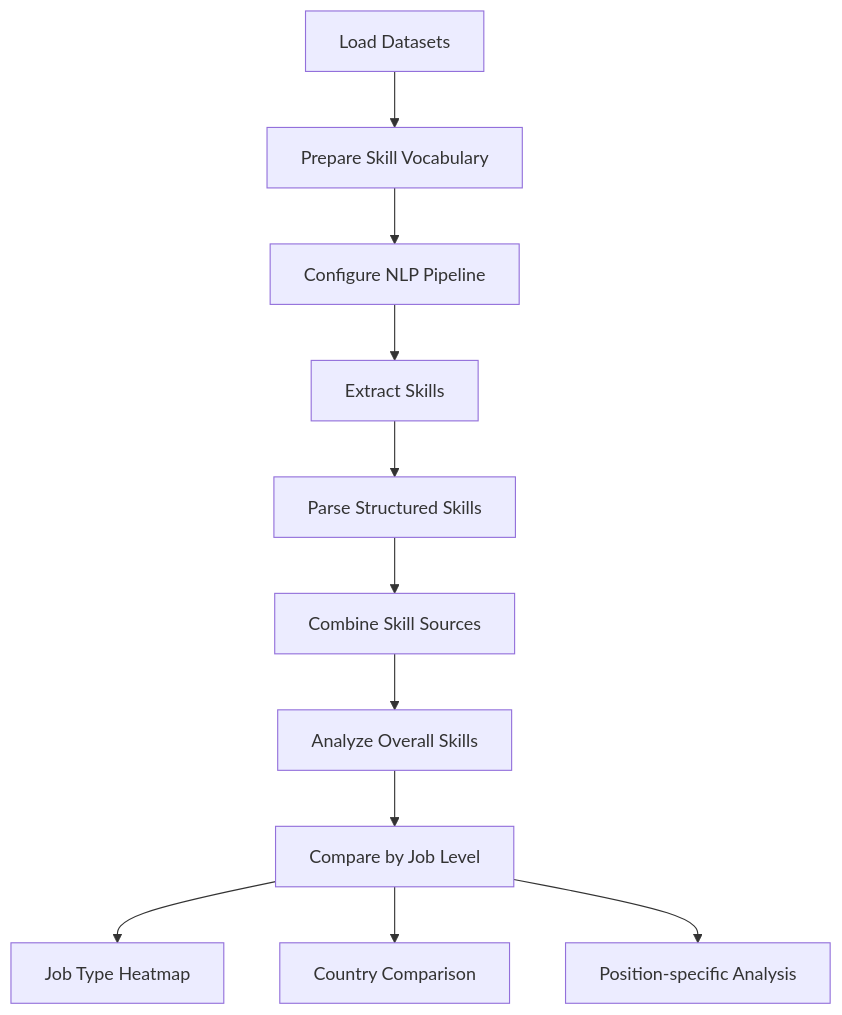
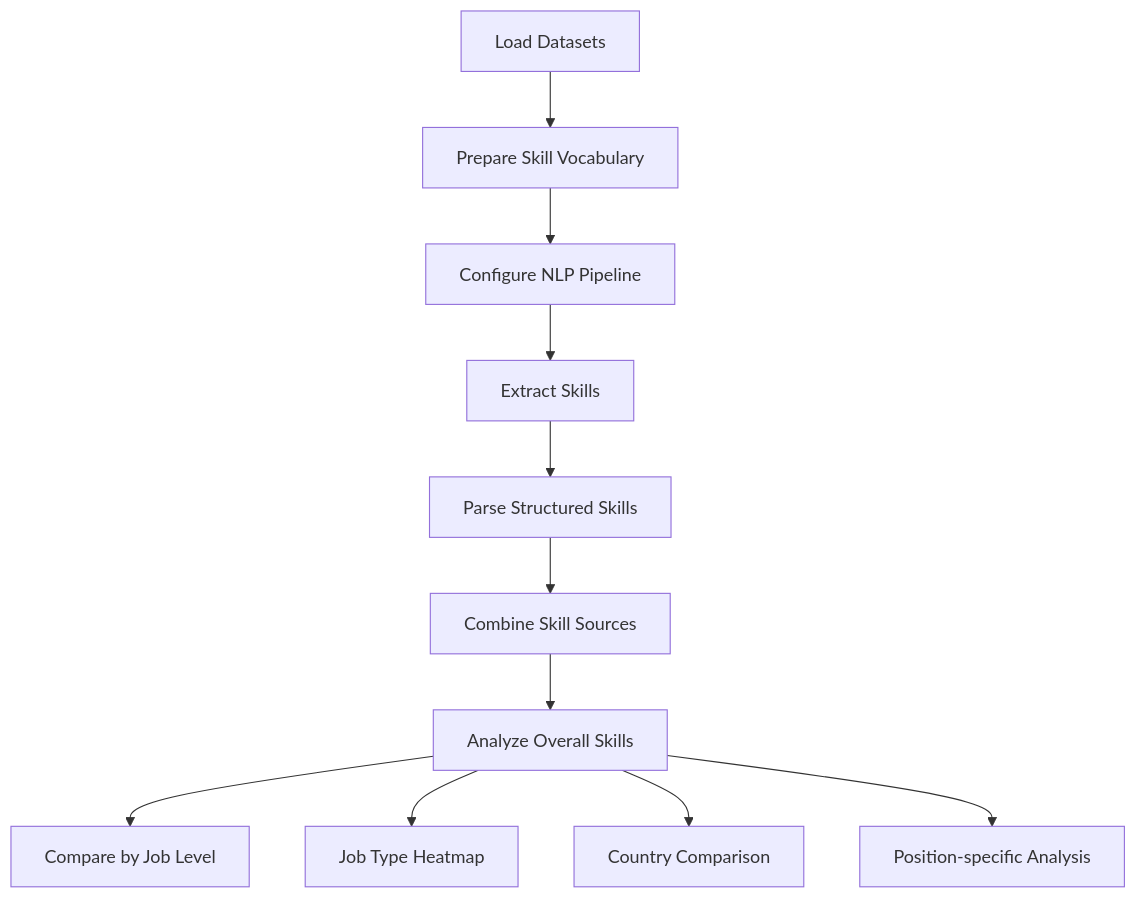
The first of 2 diagrams in README.md (Emptine77/Projects), drawn with Mermaid before and after one commit.

````diff
--- a/README.md
+++ b/README.md
@@ -43,14 +43,14 @@
 ```mermaid
 graph TB
     A[Load Datasets] --> B[Prepare Skill Vocabulary]
     B --> C[Configure NLP Pipeline]
     C --> D[Extract Skills] --> E[Parse Structured Skills]
     
     E --> F[Combine Skill Sources] --> G[Analyze Overall Skills]
     
     G --> H[Compare by Job Level]
-    H --> I[Job Type Heatmap]
-    H --> J[Country Comparison]
-    H --> K[Position-specific Analysis]
+    G --> I[Job Type Heatmap]
+    G --> J[Country Comparison]
+    G --> K[Position-specific Analysis]
 
 ```
````
